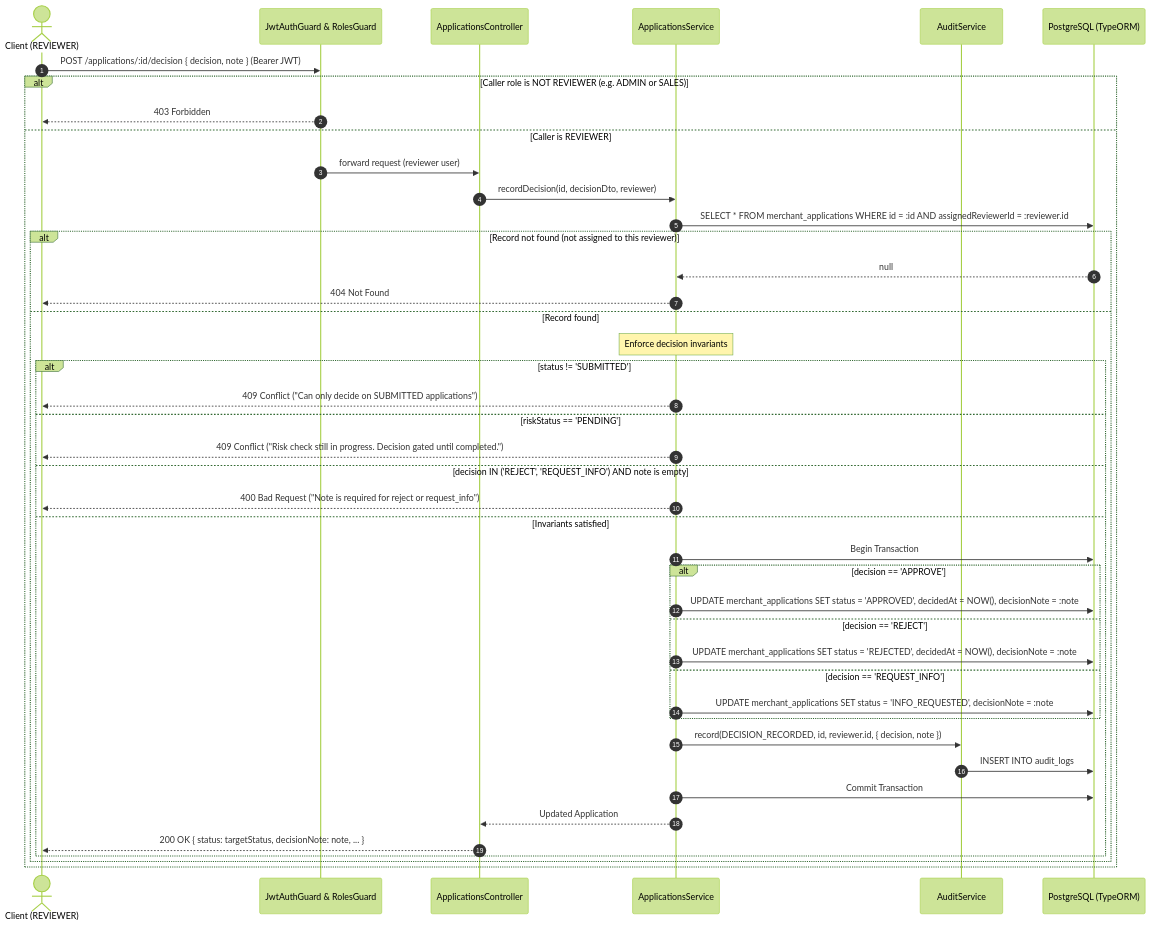
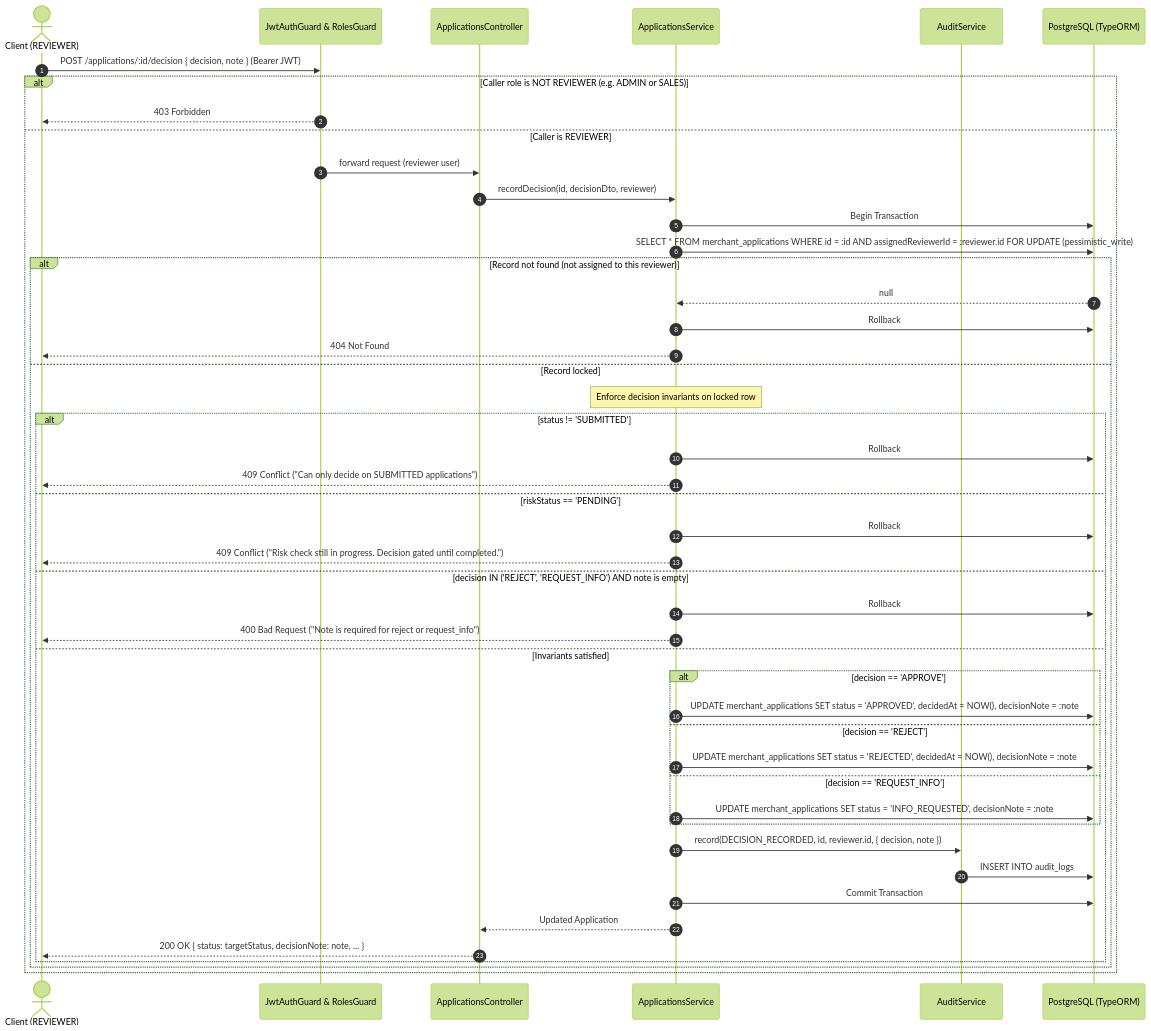
One commit to Bijayrauniyar/merchant-onboarding-api changed the sixth of 9 diagrams in DESIGN.md. Above: the diagram before and after it, drawn with Mermaid (forest theme). The commit also changed other lines of this file and 5 other files, not shown here.

Commit message:
fix: add pessimistic write locking and risk enqueue failure handling to applications service

````diff
--- a/DESIGN.md
+++ b/DESIGN.md
@@ -310,48 +317,52 @@
 ```mermaid
 sequenceDiagram
     autonumber
     actor Client as Client (REVIEWER)
     participant Guards as JwtAuthGuard & RolesGuard
     participant AppCtrl as ApplicationsController
     participant AppSvc as ApplicationsService
     participant Audit as AuditService
     participant DB as PostgreSQL (TypeORM)
 
     Client->>Guards: POST /applications/:id/decision { decision, note } (Bearer JWT)
     
     alt Caller role is NOT REVIEWER (e.g. ADMIN or SALES)
         Guards-->>Client: 403 Forbidden
     else Caller is REVIEWER
         Guards->>AppCtrl: forward request (reviewer user)
         AppCtrl->>AppSvc: recordDecision(id, decisionDto, reviewer)
-        AppSvc->>DB: SELECT * FROM merchant_applications WHERE id = :id AND assignedReviewerId = :reviewer.id
+        AppSvc->>DB: Begin Transaction
+        AppSvc->>DB: SELECT * FROM merchant_applications WHERE id = :id AND assignedReviewerId = :reviewer.id FOR UPDATE (pessimistic_write)
         
         alt Record not found (not assigned to this reviewer)
             DB-->>AppSvc: null
+            AppSvc->>DB: Rollback
             AppSvc-->>Client: 404 Not Found
-        else Record found
-            note over AppSvc: Enforce decision invariants
+        else Record locked
+            note over AppSvc: Enforce decision invariants on locked row
             alt status != 'SUBMITTED'
+                AppSvc->>DB: Rollback
                 AppSvc-->>Client: 409 Conflict ("Can only decide on SUBMITTED applications")
             else riskStatus == 'PENDING'
+                AppSvc->>DB: Rollback
                 AppSvc-->>Client: 409 Conflict ("Risk check still in progress. Decision gated until completed.")
             else decision IN ('REJECT', 'REQUEST_INFO') AND note is empty
+                AppSvc->>DB: Rollback
                 AppSvc-->>Client: 400 Bad Request ("Note is required for reject or request_info")
             else Invariants satisfied
-                AppSvc->>DB: Begin Transaction
                 alt decision == 'APPROVE'
                     AppSvc->>DB: UPDATE merchant_applications SET status = 'APPROVED', decidedAt = NOW(), decisionNote = :note
                 else decision == 'REJECT'
                     AppSvc->>DB: UPDATE merchant_applications SET status = 'REJECTED', decidedAt = NOW(), decisionNote = :note
                 else decision == 'REQUEST_INFO'
                     AppSvc->>DB: UPDATE merchant_applications SET status = 'INFO_REQUESTED', decisionNote = :note
                 end
                 AppSvc->>Audit: record(DECISION_RECORDED, id, reviewer.id, { decision, note })
                 Audit->>DB: INSERT INTO audit_logs
                 AppSvc->>DB: Commit Transaction
                 AppSvc-->>AppCtrl: Updated Application
                 AppCtrl-->>Client: 200 OK { status: targetStatus, decisionNote: note, ... }
             end
         end
     end
 ```
````
